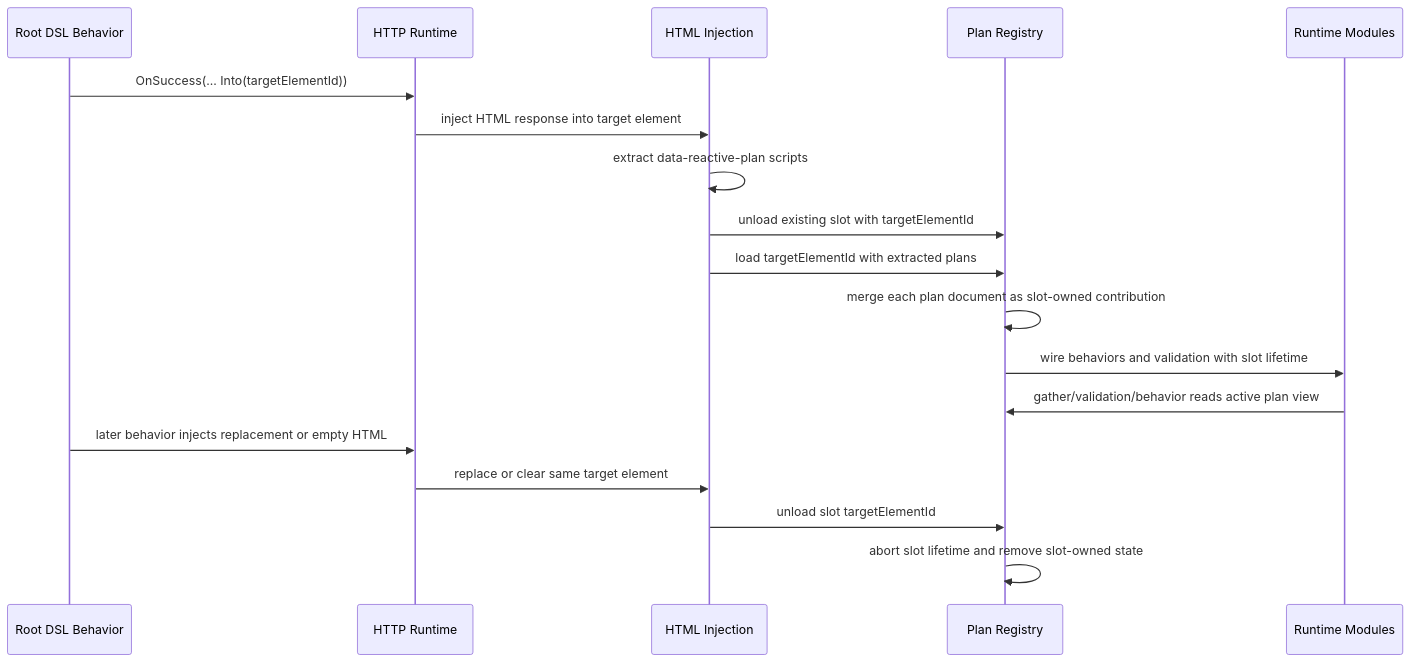
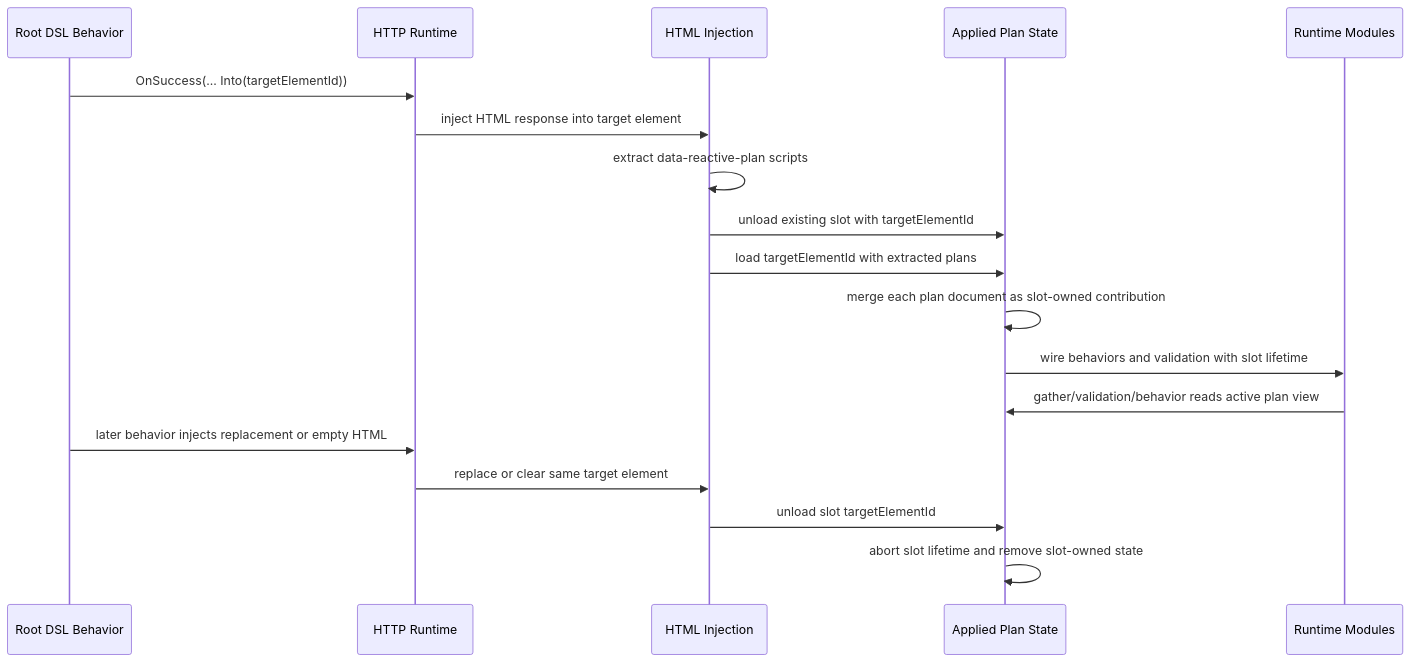
The fifth of 5 diagrams in docs/reactive-plan-domain-language.md (marafiq/alis-reactive), drawn with Mermaid before and after one commit. The commit also changed other lines of this file and 9 other files, not shown here.

````diff
--- a/docs/reactive-plan-domain-language.md
+++ b/docs/reactive-plan-domain-language.md
@@ -382,21 +382,21 @@
 ```mermaid
 sequenceDiagram
     participant DSL as Root DSL Behavior
     participant HTTP as HTTP Runtime
     participant Inject as HTML Injection
-    participant Registry as Plan Registry
+    participant AppliedPlans as Applied Plan State
     participant Runtime as Runtime Modules
 
     DSL->>HTTP: OnSuccess(... Into(targetElementId))
     HTTP->>Inject: inject HTML response into target element
     Inject->>Inject: extract data-reactive-plan scripts
-    Inject->>Registry: unload existing slot with targetElementId
-    Inject->>Registry: load targetElementId with extracted plans
-    Registry->>Registry: merge each plan document as slot-owned contribution
-    Registry->>Runtime: wire behaviors and validation with slot lifetime
-    Runtime->>Registry: gather/validation/behavior reads active plan view
+    Inject->>AppliedPlans: unload existing slot with targetElementId
+    Inject->>AppliedPlans: load targetElementId with extracted plans
+    AppliedPlans->>AppliedPlans: merge each plan document as slot-owned contribution
+    AppliedPlans->>Runtime: wire behaviors and validation with slot lifetime
+    Runtime->>AppliedPlans: gather/validation/behavior reads active plan view
     DSL->>HTTP: later behavior injects replacement or empty HTML
     HTTP->>Inject: replace or clear same target element
-    Inject->>Registry: unload slot targetElementId
-    Registry->>Registry: abort slot lifetime and remove slot-owned state
+    Inject->>AppliedPlans: unload slot targetElementId
+    AppliedPlans->>AppliedPlans: abort slot lifetime and remove slot-owned state
 ```
````
